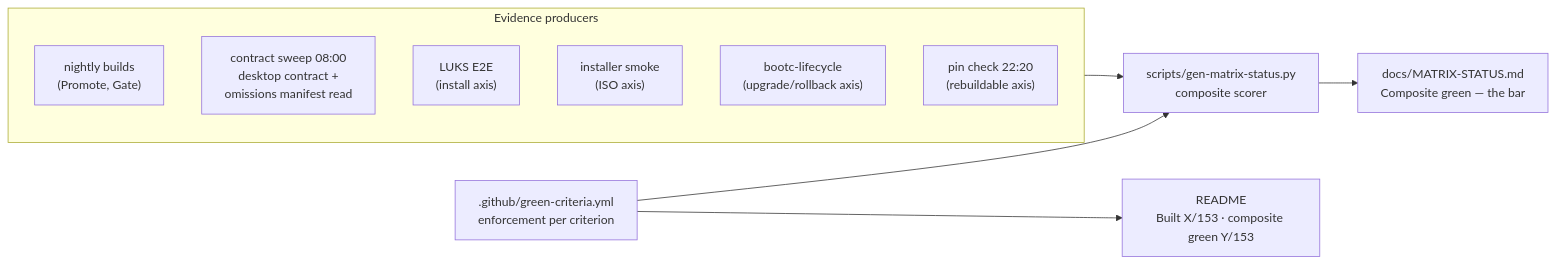
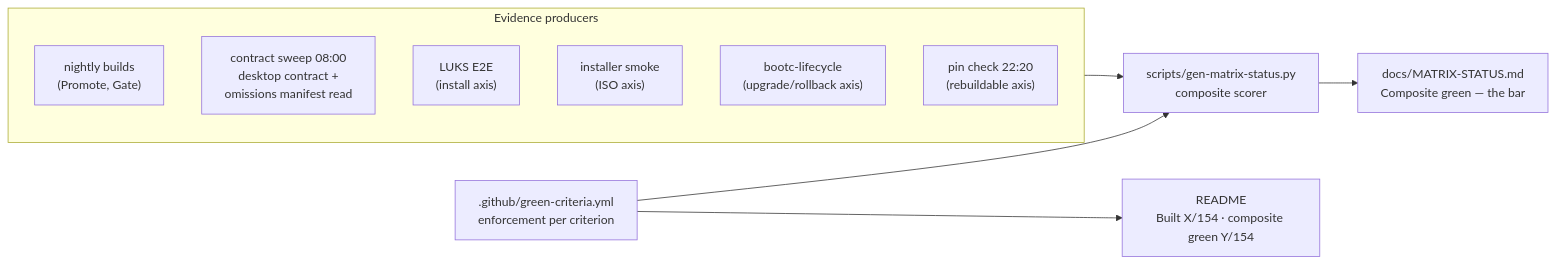
One commit to tuna-os/tunaOS changed the fifth of 5 diagrams in docs/DEVELOPER-GUIDE.md. Above: the diagram before and after it, drawn with Mermaid. The commit also changed other lines of this file and 5 other files, not shown here.

````diff
--- a/docs/DEVELOPER-GUIDE.md
+++ b/docs/DEVELOPER-GUIDE.md
@@ -294,20 +294,20 @@
 ```mermaid
 flowchart LR
     subgraph evidence["Evidence producers"]
         BLD["nightly builds<br/>(Promote, Gate)"]
         SWEEP["contract sweep 08:00<br/>desktop contract +<br/>omissions manifest read"]
         LUKS["LUKS E2E<br/>(install axis)"]
         ISO["installer smoke<br/>(ISO axis)"]
         LC["bootc-lifecycle<br/>(upgrade/rollback axis)"]
         PIN["pin check 22:20<br/>(rebuildable axis)"]
     end
     CRIT[".github/green-criteria.yml<br/>enforcement per criterion"]
     GEN["scripts/gen-matrix-status.py<br/>composite scorer"]
     MS["docs/MATRIX-STATUS.md<br/>Composite green — the bar"]
-    RM["README<br/>Built X/153 · composite green Y/153"]
+    RM["README<br/>Built X/154 · composite green Y/154"]
 
     evidence --> GEN
     CRIT --> GEN
     GEN --> MS
     CRIT --> RM
 ```
````
